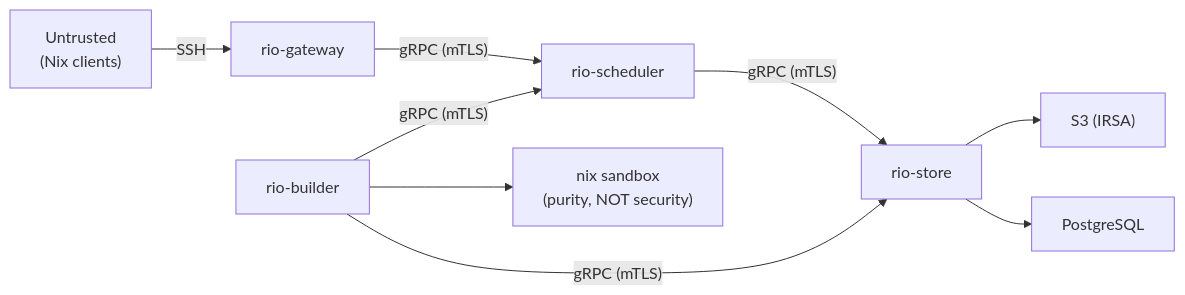
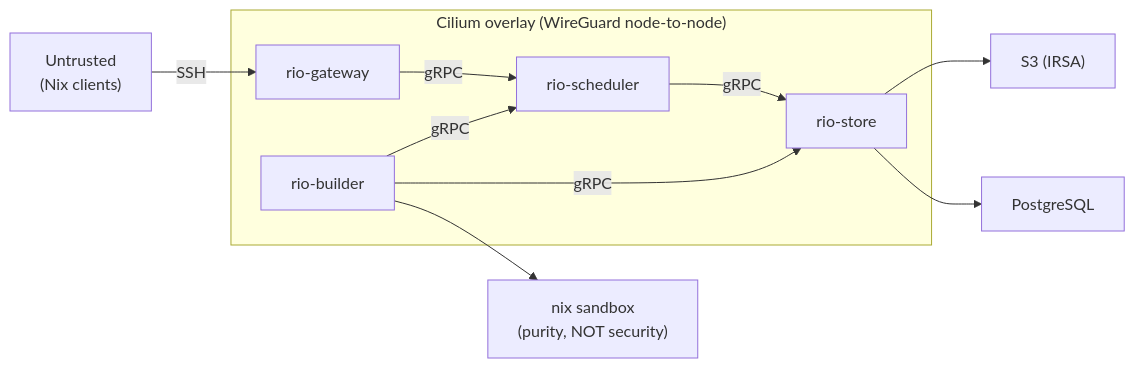
The diagram in docs/src/security.md (Mic92/rio-build), drawn with Mermaid before and after one commit. The commit also changed other lines of this file and 14 other files, not shown here.

````diff
--- a/docs/src/security.md
+++ b/docs/src/security.md
@@ -5,11 +5,17 @@
 ```mermaid
 flowchart LR
     Clients["Untrusted<br/>(Nix clients)"] -->|SSH| GW["rio-gateway"]
-    GW -->|"gRPC (mTLS)"| Sched["rio-scheduler"]
-    Sched -->|"gRPC (mTLS)"| Store["rio-store"]
-    Executor["rio-builder"] -->|"gRPC (mTLS)"| Store
-    Executor -->|"gRPC (mTLS)"| Sched
+    GW -->|"gRPC"| Sched["rio-scheduler"]
+    Sched -->|"gRPC"| Store["rio-store"]
+    Executor["rio-builder"] -->|"gRPC"| Store
+    Executor -->|"gRPC"| Sched
     Store --> S3["S3 (IRSA)"]
     Store --> PG["PostgreSQL"]
     Executor --> Sandbox["nix sandbox<br/>(purity, NOT security)"]
+    subgraph overlay ["Cilium overlay (WireGuard node-to-node)"]
+        GW
+        Sched
+        Store
+        Executor
+    end
 ```
````
